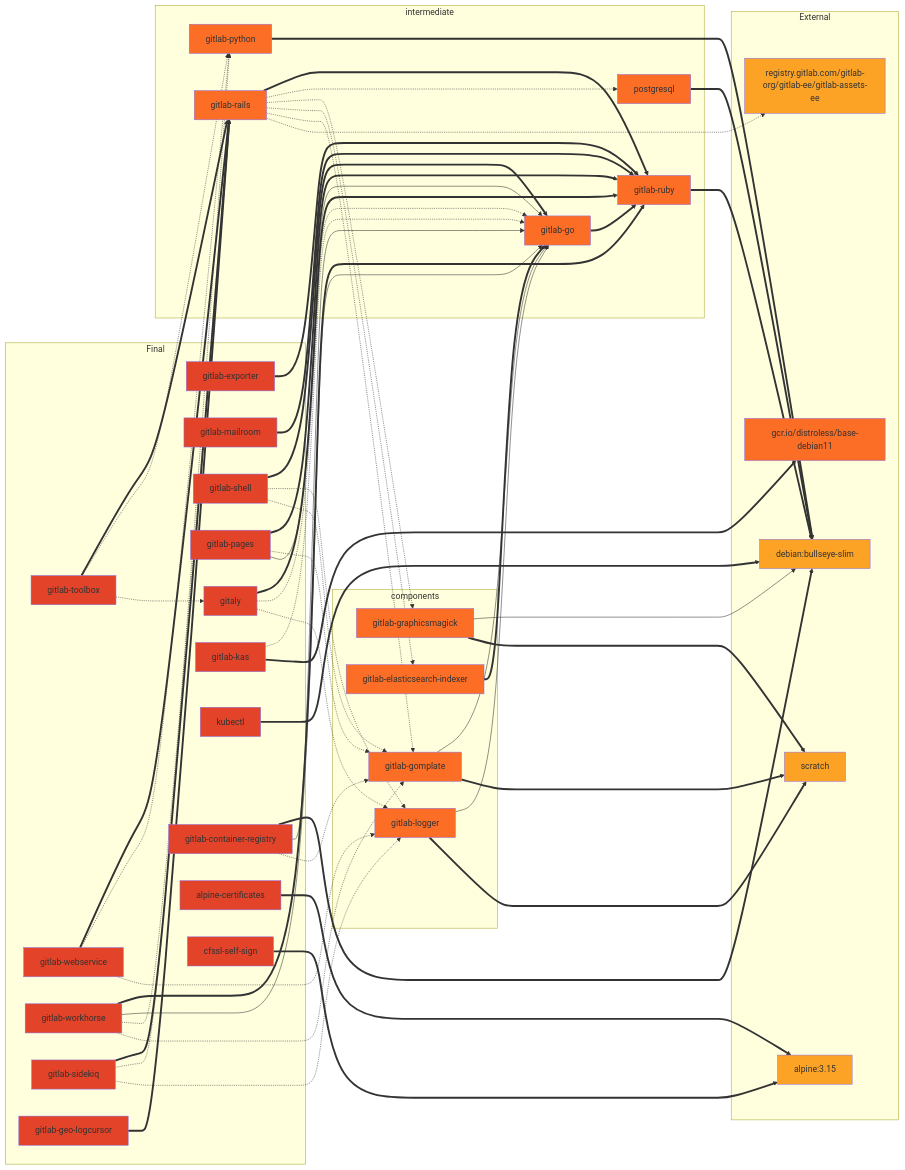
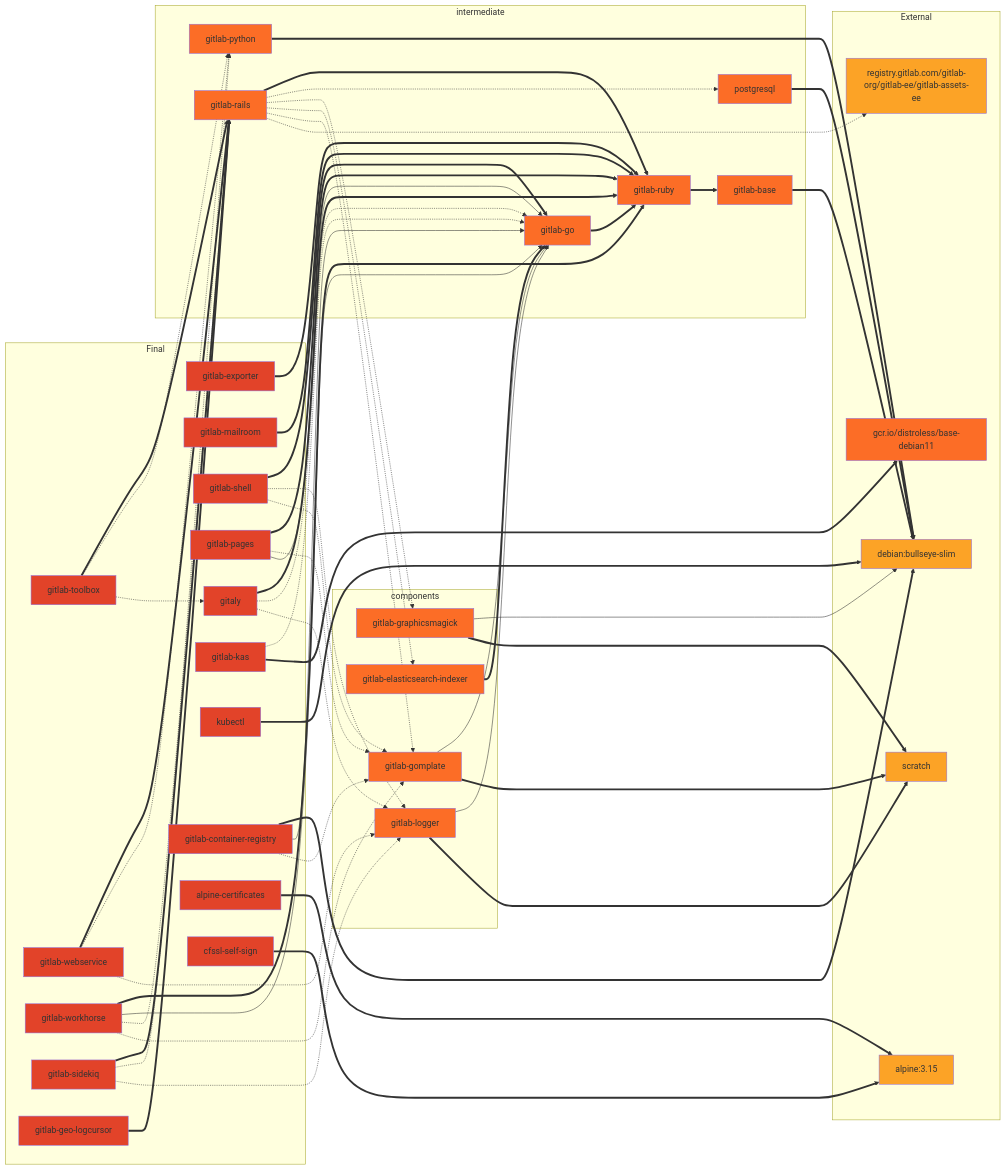
The second of 2 diagrams in docs/build.md (tachyons/gitlab-pages), drawn with Mermaid before and after one commit. The commit also changed other lines of this file and 12 other files, not shown here.

Commit message:
Introduce gitlab-base image

```diff
--- a/docs/build.md
+++ b/docs/build.md
@@ -270,6 +271,7 @@
   end
 
   subgraph intermediate
+    gitlab-base
     gitlab-python
     gitlab-ruby
     gitlab-rails
@@ -286,7 +288,8 @@
   end
 
   gitlab-go==>gitlab-ruby;
-  gitlab-ruby==>debian;
+  gitlab-base==>debian;
+  gitlab-ruby==>gitlab-base;
 
   postgresql==>debian;
   kubectl==>debian;
```
